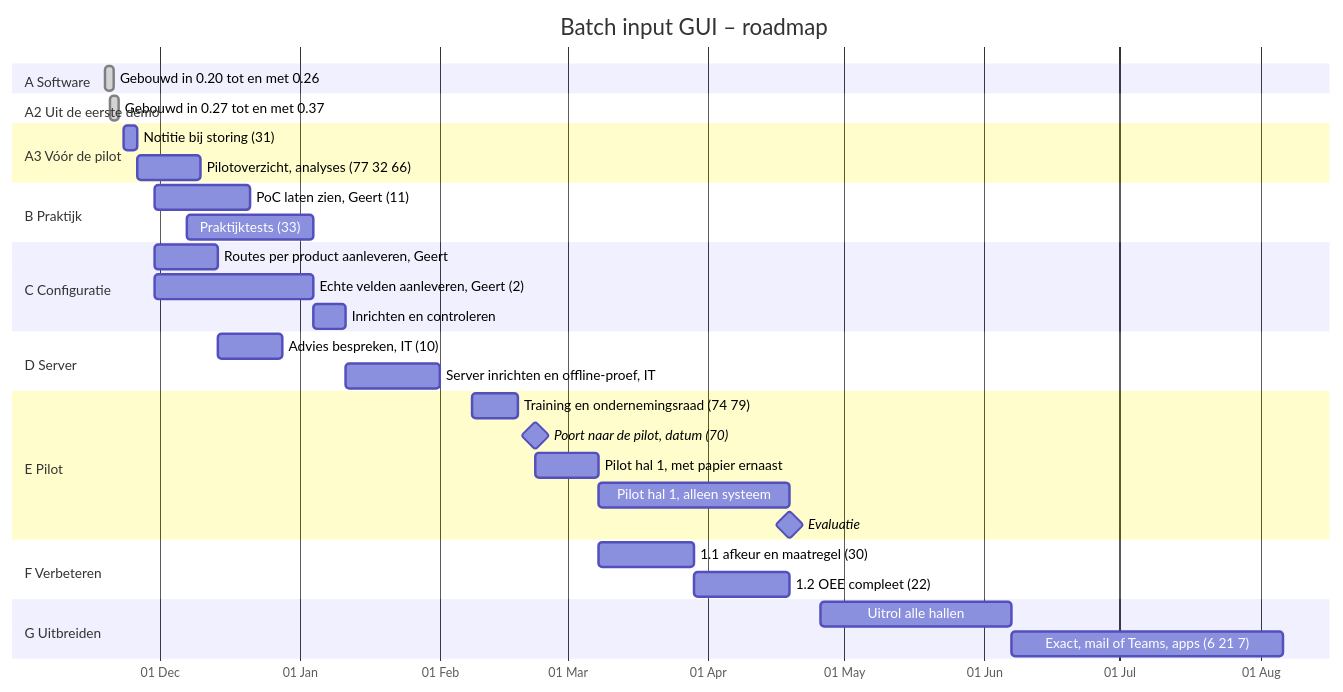
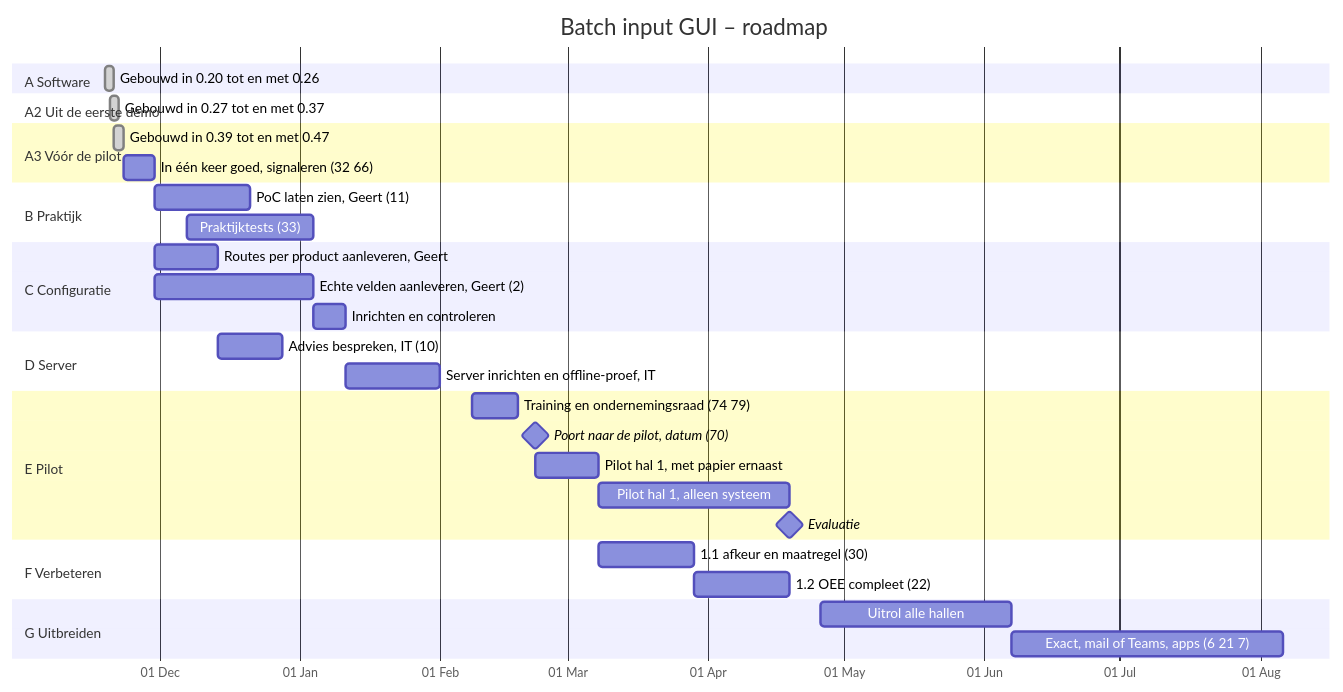
Before and after one commit to Gertjun/Manufacturing-Execution-System: the diagram in ROADMAP.md, drawn with Mermaid. The commit also changed other lines of this file and 6 other files, not shown here.

First line of the commit message:
Roadmap bij met 0.47.0, en een test die dat bij elke push controleert (D67)

````diff
--- a/ROADMAP.md
+++ b/ROADMAP.md
@@ -12,45 +12,45 @@
 ```mermaid
 gantt
     title Batch input GUI – roadmap
     dateFormat YYYY-MM-DD
     axisFormat %d %b
     todayMarker on
 
     section A Software
     Gebouwd in 0.20 tot en met 0.26          :done, a1, 2026-11-19, 2d
 
     section A2 Uit de eerste demo
     Gebouwd in 0.27 tot en met 0.37          :done, a2, 2026-11-20, 2d
 
     section A3 Vóór de pilot
-    Notitie bij storing (31)                 :a3b, 2026-11-23, 3d
-    Pilotoverzicht, analyses (77 32 66)      :a3c, after a3b, 14d
+    Gebouwd in 0.39 tot en met 0.47          :done, a3a, 2026-11-21, 2d
+    In één keer goed, signaleren (32 66)     :a3b, 2026-11-23, 7d
 
     section B Praktijk
     PoC laten zien, Geert (11)               :b1, 2026-11-30, 21d
     Praktijktests (33)                       :b2, 2026-12-07, 28d
 
     section C Configuratie
     Routes per product aanleveren, Geert     :c0, 2026-11-30, 14d
     Echte velden aanleveren, Geert (2)       :c1, 2026-11-30, 35d
     Inrichten en controleren                 :c2, after c1, 7d
 
     section D Server
     Advies bespreken, IT (10)                :d1, 2026-12-14, 14d
     Server inrichten en offline-proef, IT    :d2, 2027-01-11, 21d
 
     section E Pilot
     Training en ondernemingsraad (74 79)     :e0, 2027-02-08, 10d
     Poort naar de pilot, datum (70)          :milestone, m1, 2027-02-22, 0d
     Pilot hal 1, met papier ernaast          :e1, 2027-02-22, 14d
     Pilot hal 1, alleen systeem              :e2, after e1, 42d
     Evaluatie                                :milestone, m2, 2027-04-19, 0d
 
     section F Verbeteren
     1.1 afkeur en maatregel (30)             :f1, 2027-03-08, 21d
     1.2 OEE compleet (22)                    :f2, after f1, 21d
 
     section G Uitbreiden
     Uitrol alle hallen                       :g1, 2027-04-26, 42d
     Exact, mail of Teams, apps (6 21 7)      :g2, 2027-06-07, 60d
 ```
````
